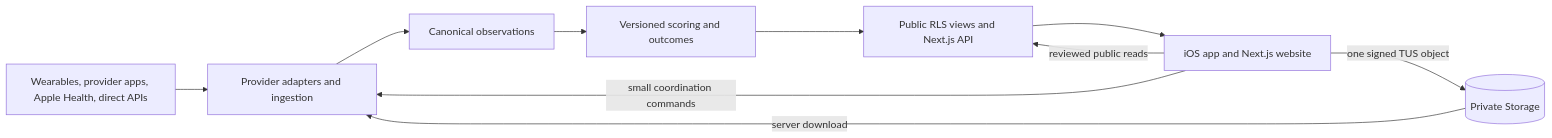
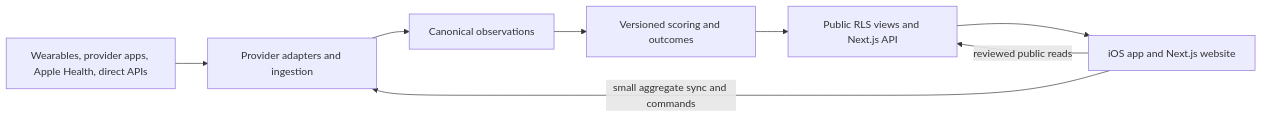
Before and after one commit to slooowshutter/FitFight: the first of 3 diagrams in docs/system-design.md, drawn with Mermaid. The commit also changed other lines of this file and 20 other files, not shown here.

Commit message:
Use Apple aggregate totals for HealthKit sync

````diff
--- a/docs/system-design.md
+++ b/docs/system-design.md
@@ -50,19 +50,17 @@
 ```mermaid
 flowchart LR
     Sources[Wearables, provider apps, Apple Health, direct APIs]
     Ingest[Provider adapters and ingestion]
     Facts[Canonical observations]
     Score[Versioned scoring and outcomes]
     API[Public RLS views and Next.js API]
     Clients[iOS app and Next.js website]
 
     Sources --> Ingest
     Ingest --> Facts
     Facts --> Score
     Score --> API
     API --> Clients
     Clients -->|reviewed public reads| API
-    Clients -->|small coordination commands| Ingest
-    Clients -->|one signed TUS object| Storage[(Private Storage)]
-    Storage -->|server download| Ingest
+    Clients -->|small aggregate sync and commands| Ingest
 ```
````
